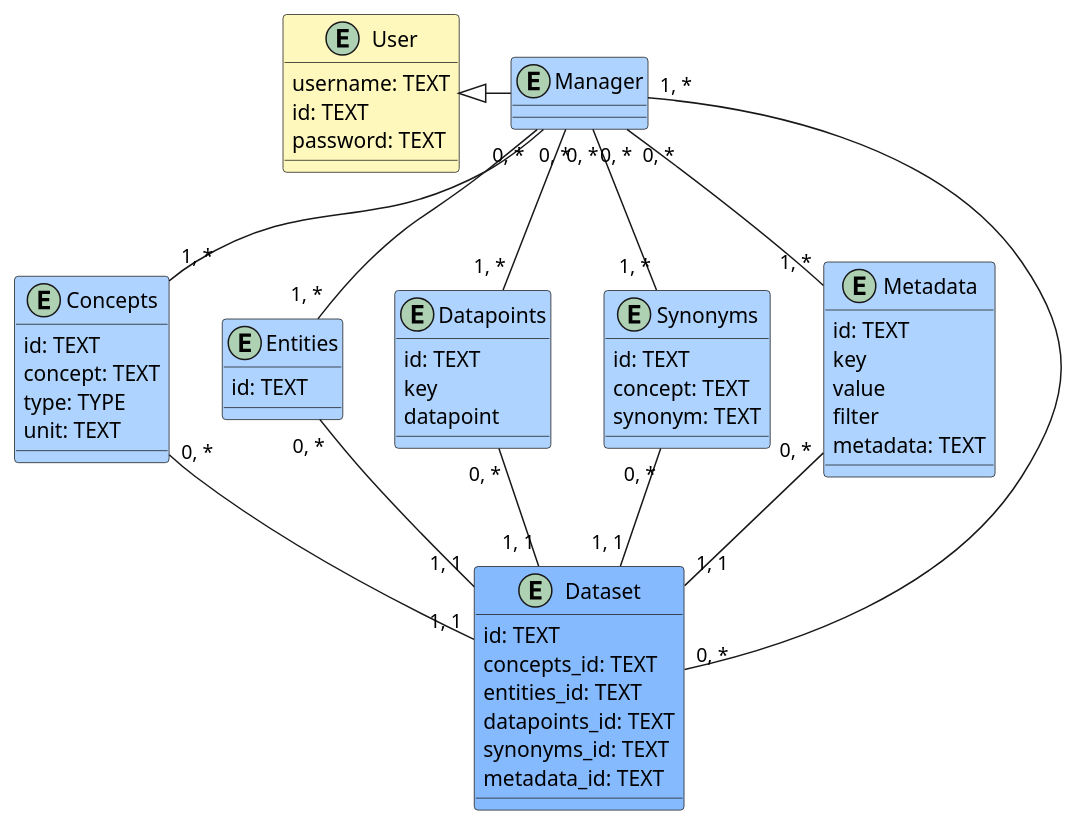
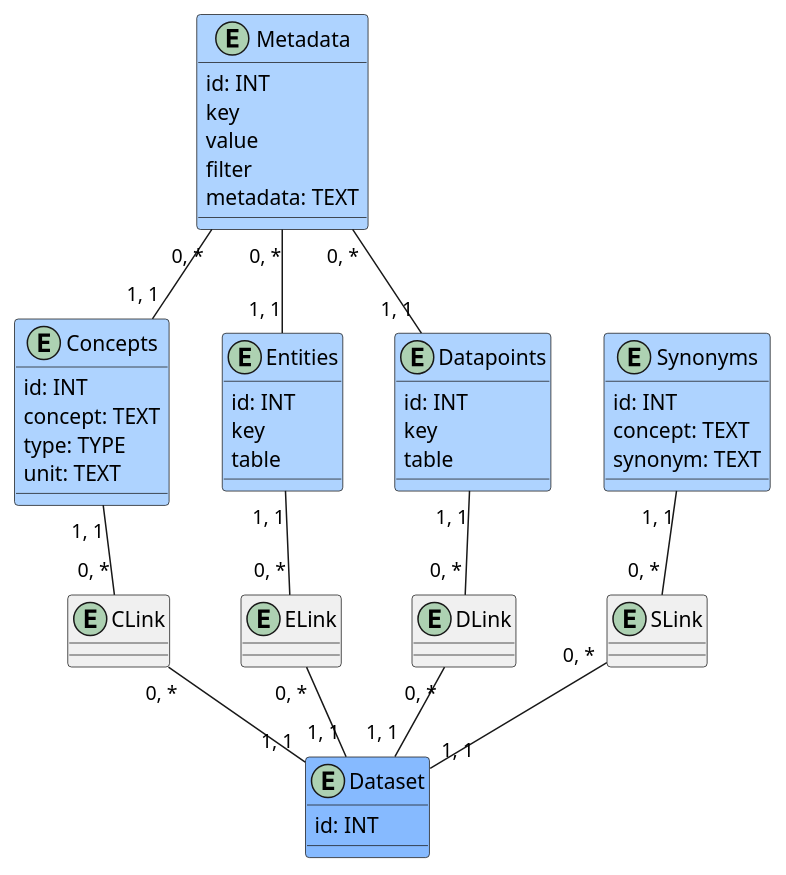
Before and after one commit to hate-crew-member-41/Bricks: the diagram in src/puml/ERM.puml, drawn with PlantUML.

Commit message:
updated ERM

```diff
--- a/src/puml/ERM.puml
+++ b/src/puml/ERM.puml
@@ -1,70 +1,65 @@
 @startuml
 
-entity User #fff8bd {
-    username: TEXT
-    id: TEXT
-    password: TEXT
+entity Dataset #86baff {
+    id: INT
 }
 
-entity Manager #aed3ff {}
-
-Manager -l-|> User
-
-entity Dataset #86baff {
-    id: TEXT
-    concepts_id: TEXT
-    entities_id: TEXT
-    datapoints_id: TEXT
-    synonyms_id: TEXT
-    metadata_id: TEXT
-}
-
-Dataset "0, *"--"1, *" Manager
-
 entity Concepts #aed3ff {
-    id: TEXT
+    id: INT
     concept: TEXT
     type: TYPE
     unit: TEXT
 }
 
-Concepts "1, *"-u-"0, *" Manager
-Concepts "0, *"-d-"1, 1" Dataset
+entity CLink #f0f0f0 {}
+
+Dataset "1, 1"-u-"0, *" CLink
+Concepts "1, 1"-d-"0, *" CLink
 
 entity Entities #aed3ff {
-    id: TEXT
+    id: INT
+    key
+    table
 }
 
-Entities "1, *"-u-"0, *" Manager
-Entities "0, *"-d-"1, 1" Dataset
+entity ELink #f0f0f0 {}
+
+Dataset "1, 1"-u-"0, *" ELink
+Entities "1, 1"-d-"0, *" ELink
 
 entity Datapoints #aed3ff {
-    id: TEXT
+    id: INT
     key
-    datapoint
+    table
 }
 
-Datapoints "1, *"-u-"0, *" Manager
-Datapoints "0, *"-d-"1, 1" Dataset
+entity DLink #f0f0f0 {}
+
+Dataset "1, 1"-u-"0, *" DLink
+Datapoints "1, 1"-d-"0, *" DLink
 
 entity Synonyms #aed3ff {
-    id: TEXT
+    id: INT
     concept: TEXT
     synonym: TEXT
 }
 
-Synonyms "1, *"-u-"0, *" Manager
-Synonyms "0, *"-d-"1, 1" Dataset
+entity SLink #f0f0f0 {}
+
+Dataset "1, 1"-u-"0, *" SLink
+Synonyms "1, 1"-d-"0, *" SLink
 
 entity Metadata #aed3ff {
-    id: TEXT
+    id: INT
     key
     value
     filter
     metadata: TEXT
 }
 
-Metadata "1, *"-u-"0, *" Manager
-Metadata "0, *"-d-"1, 1" Dataset
+Metadata "0, *"-d-"1, 1" Datapoints
+Metadata "0, *"-d-"1, 1" Entities
+Metadata "0, *"-d-"1, 1" Concepts
+
 
 @enduml
```
